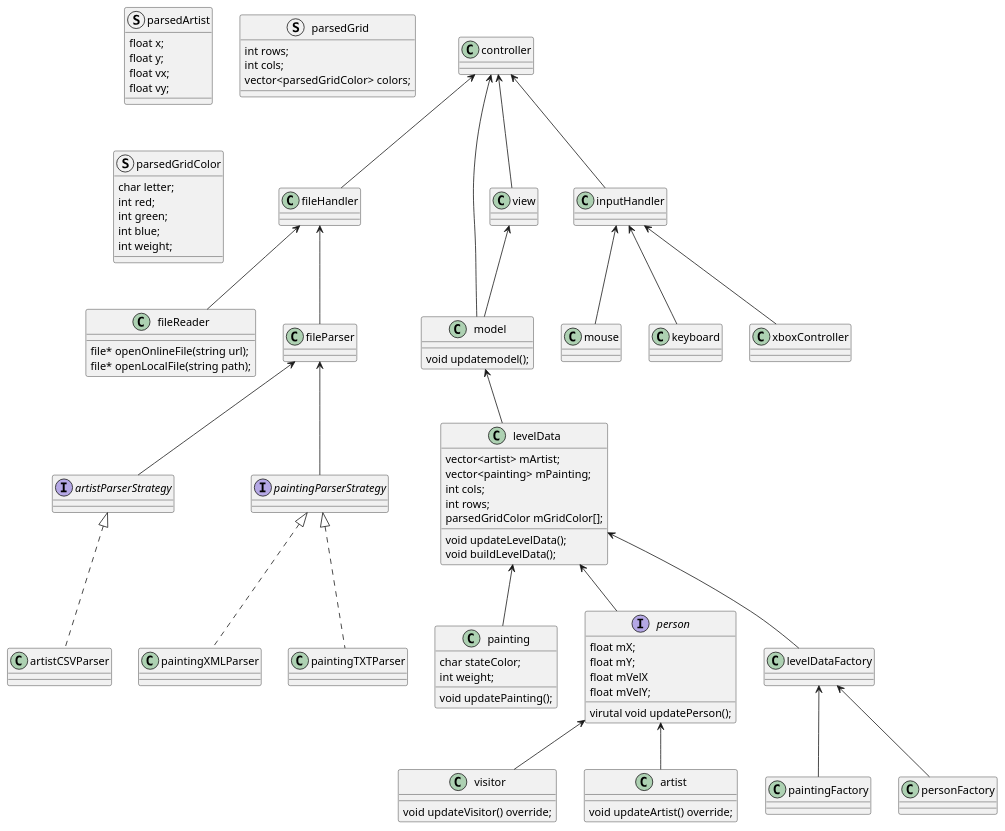
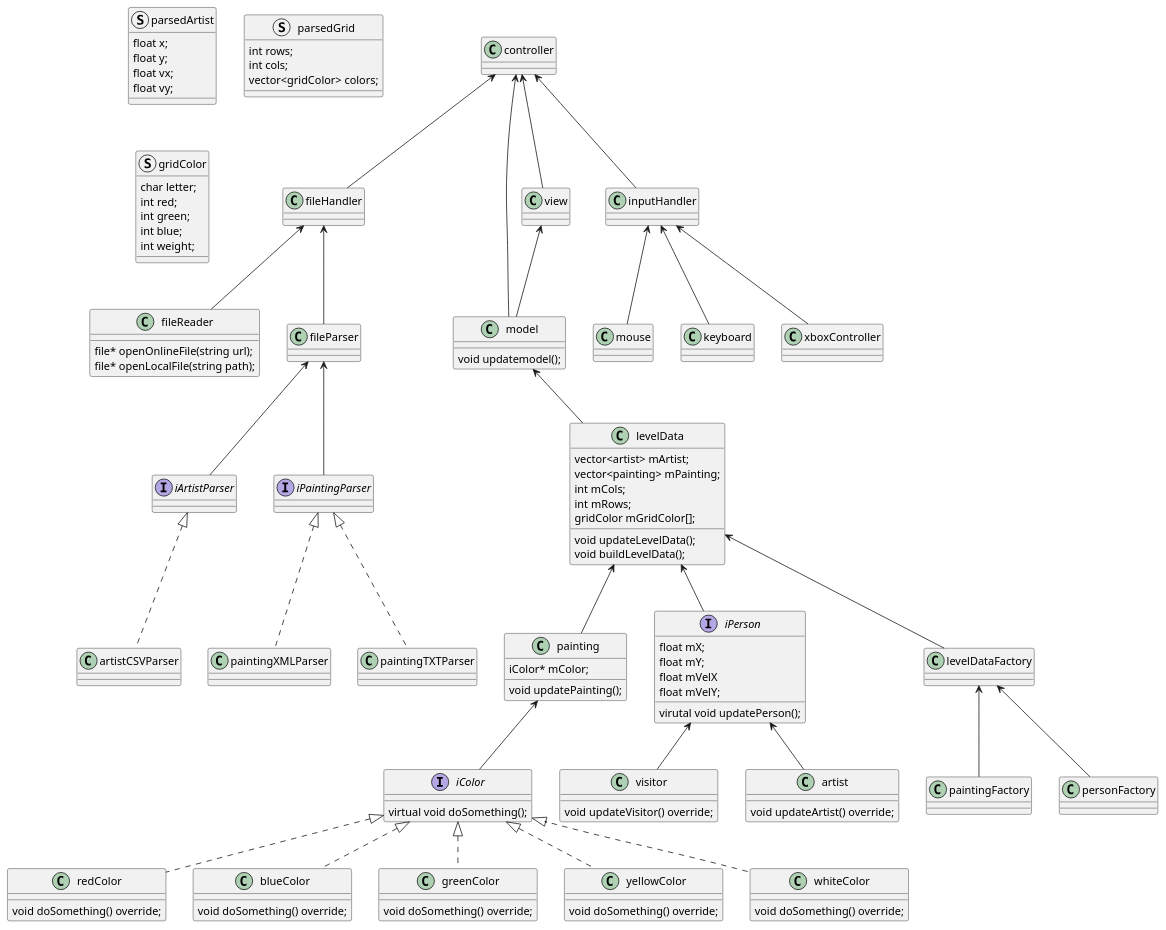
One commit to heavydragon99/AlgaDepa_Assesment changed the diagram in docs/classDiagram.puml. Above: the diagram before and after it, drawn with PlantUML.

Commit message:
Updated class diagram
Added color interface and colors

```diff
--- a/docs/classDiagram.puml
+++ b/docs/classDiagram.puml
@@ -1,159 +1,187 @@
 @startuml
 
 class fileHandler {
 }
 
 class fileReader {
     file* openOnlineFile(string url);
     file* openLocalFile(string path);
 }
 
 class fileParser {
 }
 
-interface artistParserStrategy {
+interface iArtistParser {
 
 }
 
-interface paintingParserStrategy {
+interface iPaintingParser {
 
 }
 
 
 class artistCSVParser{ 
 }
 
 class paintingXMLParser {
 }
 
 class paintingTXTParser {
 }
 
 class controller{
 
 }
 
 class model{
     void updatemodel();
 }
 
 class levelData{
     void updateLevelData();
     void buildLevelData();
 
     vector<artist> mArtist;
     vector<painting> mPainting;
-    int cols;
-    int rows;
-    parsedGridColor mGridColor[];
+    int mCols;
+    int mRows;
+    gridColor mGridColor[];
 }
 
 class painting{
     void updatePainting();
 
-    char stateColor;
-    int weight;
+    iColor* mColor;
 }
 
-interface person{
+interface iColor{
+    virtual void doSomething();
+}
+
+class redColor{
+    void doSomething() override;
+}
+
+class blueColor{
+    void doSomething() override;
+}
+
+class greenColor{
+    void doSomething() override;
+}
+
+class yellowColor{
+    void doSomething() override;
+}
+
+class whiteColor{
+    void doSomething() override;
+}
+
+interface iPerson{
     virutal void updatePerson();
 
     float mX;
     float mY;
     float mVelX
     float mVelY;
 }
 
 class visitor{
     void updateVisitor() override;
 }
 
 class artist{
     void updateArtist() override;
 }
 
 class inputHandler{
 }
 
 class mouse{
     ' use 3rd party library to get mouse coordinates and translate to generic data
 }
 
 class keyboard{
     ' use 3rd party library to get keyboard input and translate to generic data
 }
 
 class xboxController{
     ' use 3rd party library to get xbox controller input and translate to generic data
 }
 
 class levelDataFactory{}
 
 class paintingFactory{}
 
 class personFactory{}
 
 class view{}
 
 struct parsedArtist{
     float x;
     float y;
     float vx;
     float vy;
 }
 
 ' vector<char> parsedPainting()
 
 struct parsedGrid{
     int rows;
     int cols;
-    vector<parsedGridColor> colors;
+    vector<gridColor> colors;
 
 }
 
-struct parsedGridColor{
+struct gridColor{
     char letter;
     int red;
     int green;
     int blue;
     int weight;
 }
 
 
 controller <-- fileHandler
 controller <-- model
 controller <-- inputHandler
 controller <-- view
 view <-- model
 
 ' model
 model <-- levelData
 levelData <-- painting
-levelData <-- person
-person <-- visitor
-person <-- artist
+painting <-- iColor
+iColor <|.. redColor
+iColor <|.. blueColor
+iColor <|.. greenColor
+iColor <|.. yellowColor
+iColor <|.. whiteColor
 
-
+levelData <-- iPerson
+iPerson <-- visitor
+iPerson <-- artist
 
 levelData <-- levelDataFactory
 
 levelDataFactory <-- paintingFactory
 levelDataFactory <-- personFactory
 
 ' filehandler
 fileHandler <-- fileReader
 
 ' Parser
 fileHandler <-- fileParser
-fileParser <-- artistParserStrategy
-fileParser <-- paintingParserStrategy
+fileParser <-- iArtistParser
+fileParser <-- iPaintingParser
 
-artistParserStrategy <|.. artistCSVParser
-paintingParserStrategy <|.. paintingTXTParser
-paintingParserStrategy <|.. paintingXMLParser
+iArtistParser <|.. artistCSVParser
+iPaintingParser <|.. paintingTXTParser
+iPaintingParser <|.. paintingXMLParser
 
 ' inputHandler
 inputHandler <-- mouse
 inputHandler <-- keyboard
 inputHandler <-- xboxController
 @enduml
```
